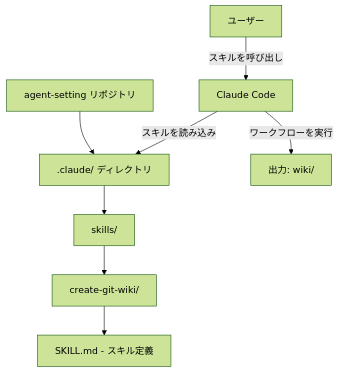
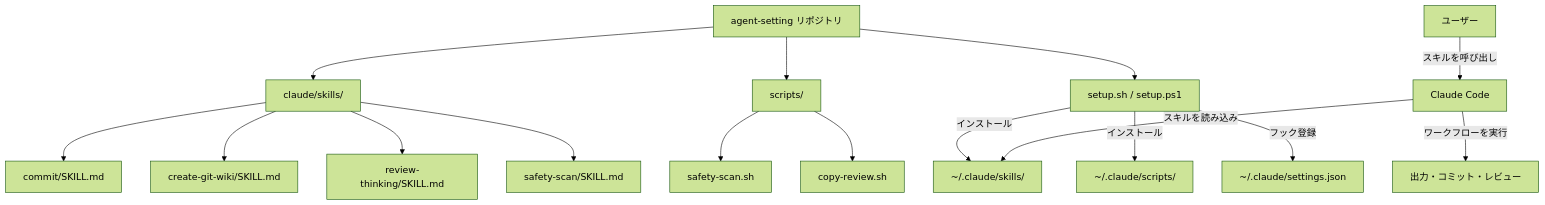
The first of 3 diagrams in wiki/overview.md (waless-seel/agent-setting), drawn with Mermaid (forest theme) before and after one commit. The commit also changed other lines of this file and 10 other files, not shown here.

````diff
--- a/wiki/overview.md
+++ b/wiki/overview.md
@@ -7,11 +7,22 @@
 ```mermaid
 graph TD
-    A[agent-setting リポジトリ] --> B[.claude/ ディレクトリ]
-    B --> C[skills/]
-    C --> D[create-git-wiki/]
-    D --> E[SKILL.md - スキル定義]
+    A[agent-setting リポジトリ] --> B[claude/skills/]
+    B --> C[commit/SKILL.md]
+    B --> D[create-git-wiki/SKILL.md]
+    B --> E[review-thinking/SKILL.md]
+    B --> F[safety-scan/SKILL.md]
 
-    F[Claude Code] -->|スキルを読み込み| B
-    G[ユーザー] -->|スキルを呼び出し| F
-    F -->|ワークフローを実行| H[出力: wiki/]
+    A --> G[scripts/]
+    G --> H[safety-scan.sh]
+    G --> I[copy-review.sh]
+
+    A --> J[setup.sh / setup.ps1]
+
+    J -->|インストール| K[~/.claude/skills/]
+    J -->|インストール| L[~/.claude/scripts/]
+    J -->|フック登録| M[~/.claude/settings.json]
+
+    N[Claude Code] -->|スキルを読み込み| K
+    O[ユーザー] -->|スキルを呼び出し| N
+    N -->|ワークフローを実行| P[出力・コミット・レビュー]
 ```
````
